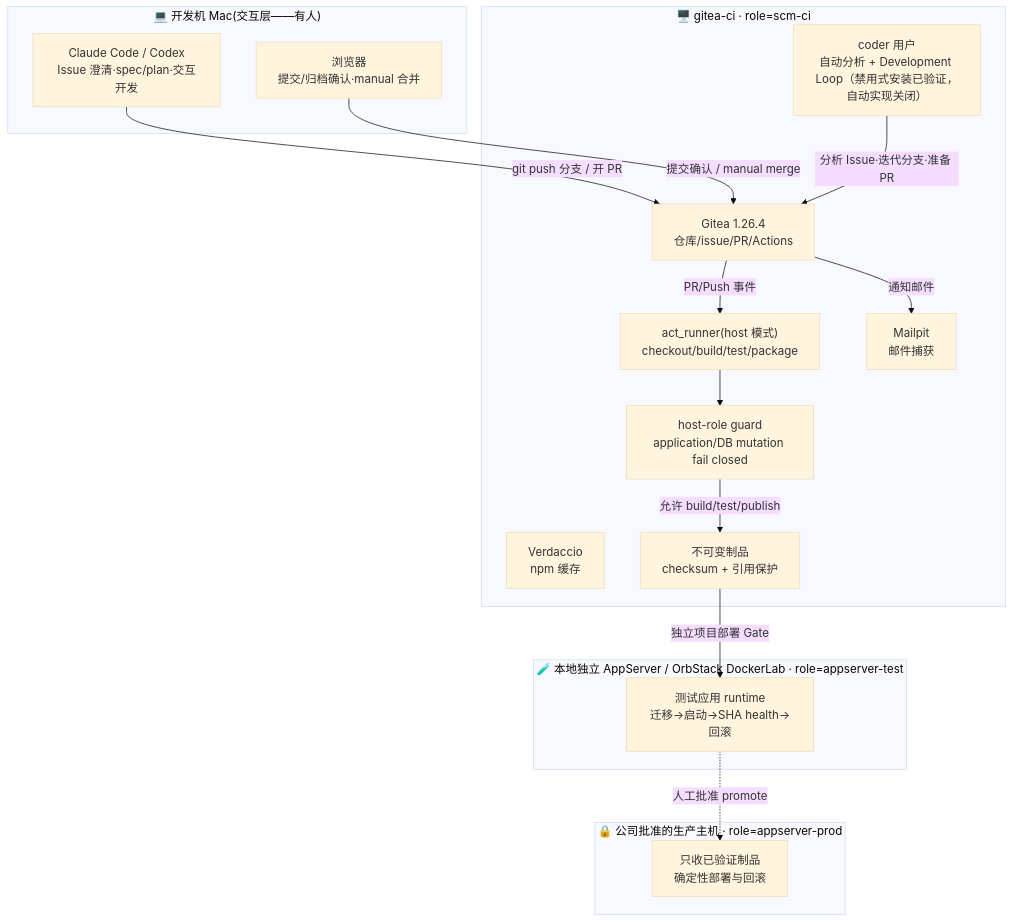
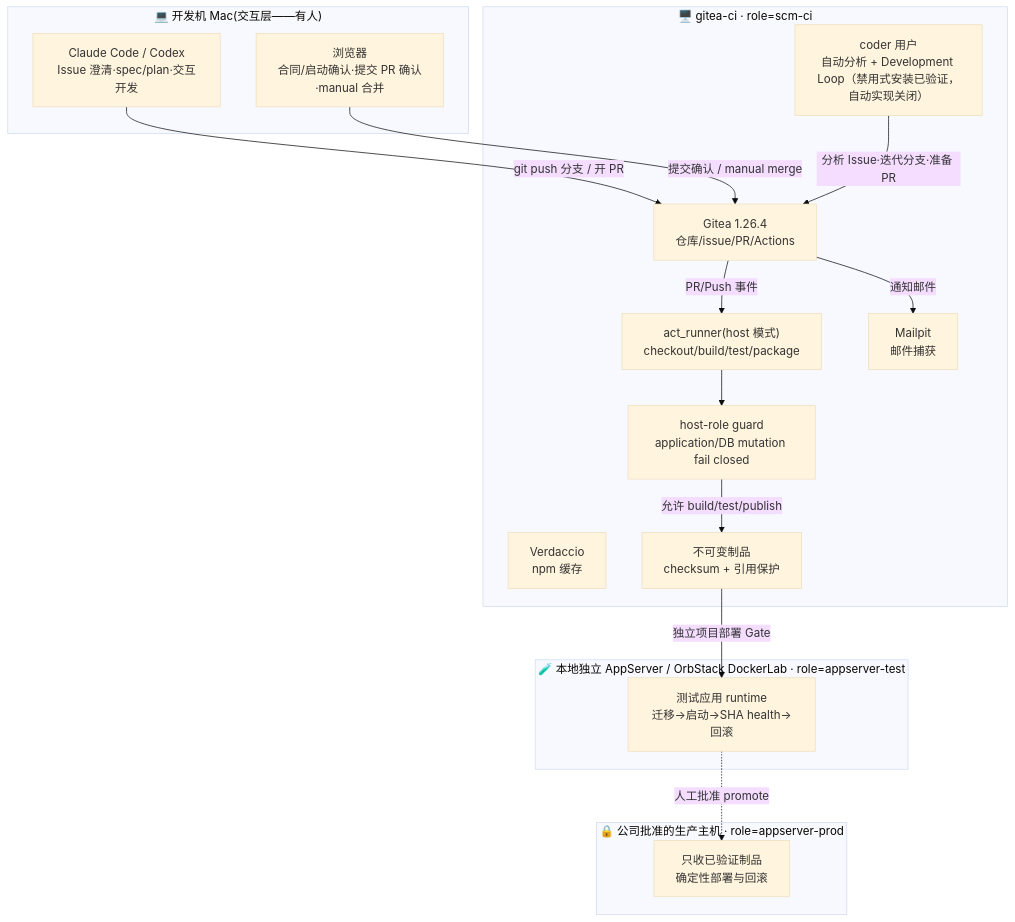
One commit to BenQue/AIGitea changed the first of 2 diagrams in README.md. Above: the diagram before and after it, drawn with Mermaid (base theme). The commit also changed other lines of this file and 22 other files, not shown here.

````diff
--- a/README.md
+++ b/README.md
@@ -44,35 +44,35 @@
 ```mermaid
 flowchart TB
     subgraph MAC["💻 开发机 Mac(交互层——有人)"]
         DEV["Claude Code / Codex<br/>Issue 澄清·spec/plan·交互开发"]
-        BROWSER["浏览器<br/>提交/归档确认·manual 合并"]
+        BROWSER["浏览器<br/>合同/启动确认·提交 PR 确认·manual 合并"]
     end
 
     subgraph VM1["🖥️ gitea-ci · role=scm-ci"]
         GITEA["Gitea 1.26.4<br/>仓库/issue/PR/Actions"]
         RUNNER["act_runner(host 模式)<br/>checkout/build/test/package"]
         AGENT["coder 用户<br/>自动分析 + Development Loop（禁用式安装已验证，自动实现关闭）"]
         VERD["Verdaccio<br/>npm 缓存"]
         MAIL["Mailpit<br/>邮件捕获"]
         ART["不可变制品<br/>checksum + 引用保护"]
         GUARD["host-role guard<br/>application/DB mutation fail closed"]
     end
 
     subgraph TESTHOST["🧪 本地独立 AppServer / OrbStack DockerLab · role=appserver-test"]
         TEST["测试应用 runtime<br/>迁移→启动→SHA health→回滚"]
     end
 
     subgraph PRODHOST["🔒 公司批准的生产主机 · role=appserver-prod"]
         PROD["只收已验证制品<br/>确定性部署与回滚"]
     end
 
     DEV -->|"git push 分支 / 开 PR"| GITEA
     BROWSER -->|"提交确认 / manual merge"| GITEA
     AGENT -->|"分析 Issue·迭代分支·准备 PR"| GITEA
     GITEA -->|"PR/Push 事件"| RUNNER
     RUNNER --> GUARD
     GUARD -->|"允许 build/test/publish"| ART
     ART -->|"独立项目部署 Gate"| TEST
     TEST -.->|"人工批准 promote"| PROD
     GITEA -->|"通知邮件"| MAIL
 ```
````
